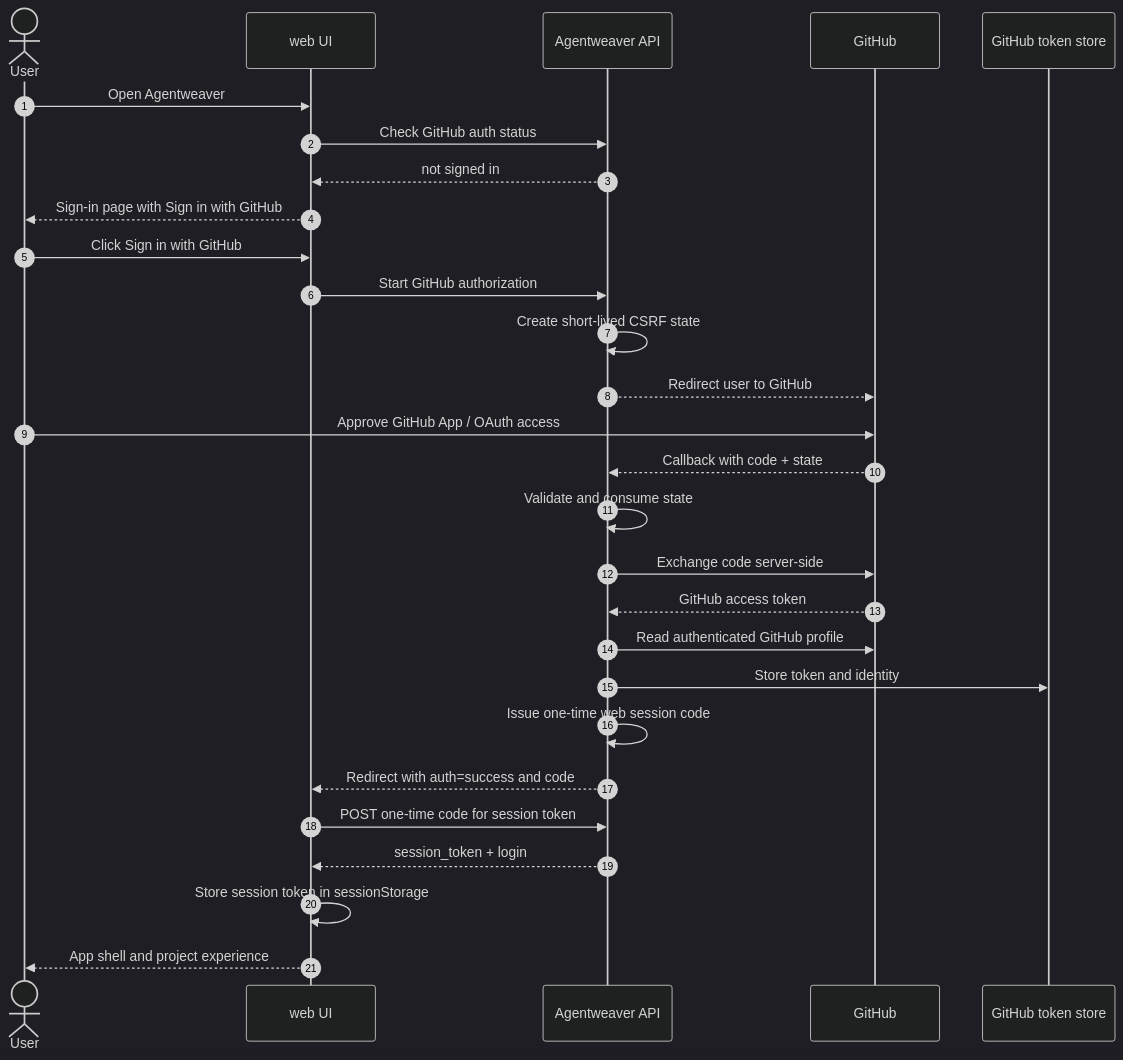
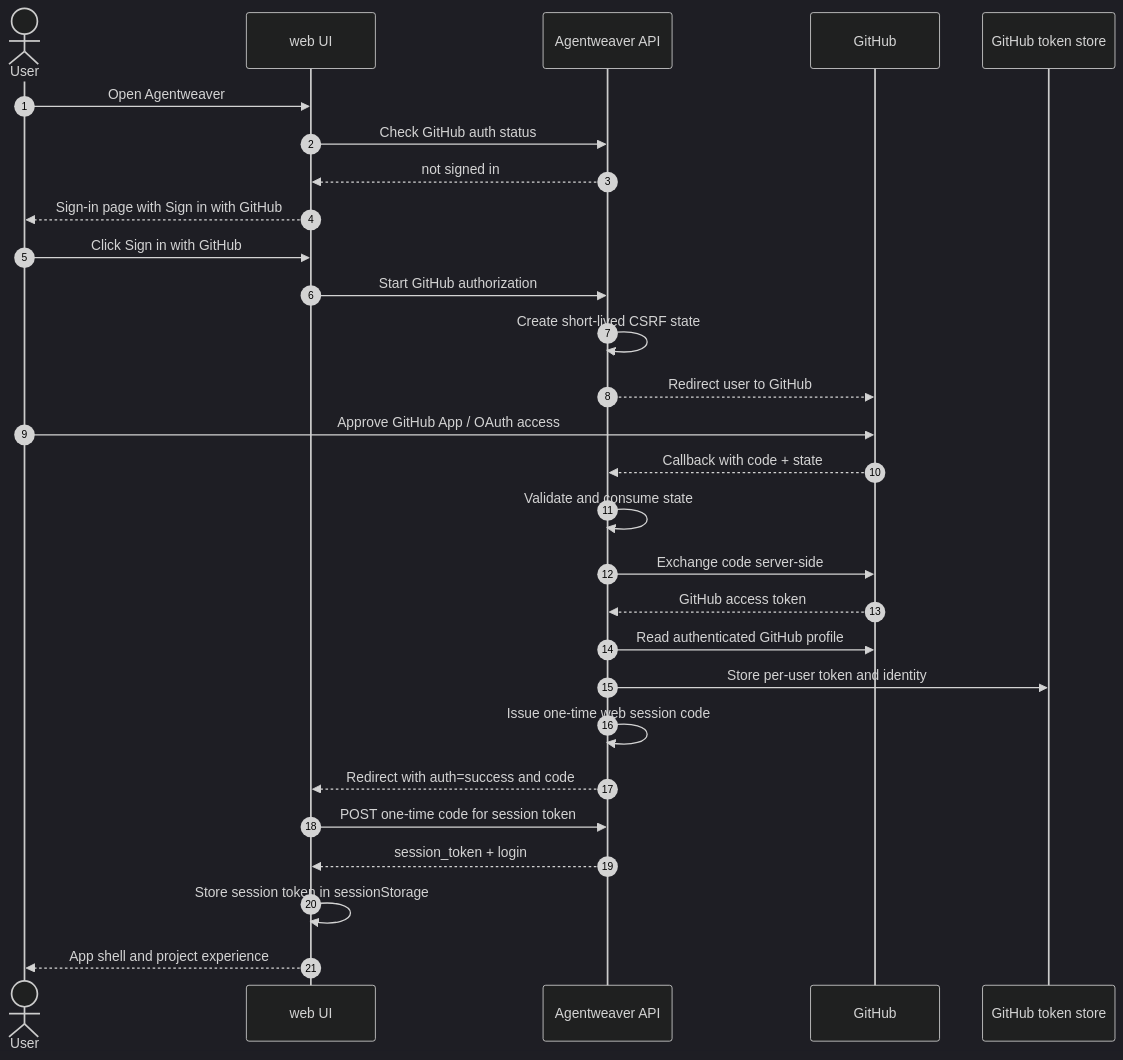
The first of 2 diagrams in docs/experience/onboarding-auth.md (sabbour/agentweaver), drawn with Mermaid (dark theme) before and after one commit. The commit also changed other lines of this file and 39 other files, not shown here.

First line of the commit message:
security: per-user GitHub token isolation and AgentHost SPC hardening

````diff
--- a/docs/experience/onboarding-auth.md
+++ b/docs/experience/onboarding-auth.md
@@ -39,31 +39,31 @@
 ```mermaid
 sequenceDiagram
     autonumber
     actor User
     participant Web as web UI
     participant API as Agentweaver API
     participant GitHub
     participant Store as GitHub token store
 
     User->>Web: Open Agentweaver
     Web->>API: Check GitHub auth status
     API-->>Web: not signed in
     Web-->>User: Sign-in page with Sign in with GitHub
     User->>Web: Click Sign in with GitHub
     Web->>API: Start GitHub authorization
     API->>API: Create short-lived CSRF state
     API-->>GitHub: Redirect user to GitHub
     User->>GitHub: Approve GitHub App / OAuth access
     GitHub-->>API: Callback with code + state
     API->>API: Validate and consume state
     API->>GitHub: Exchange code server-side
     GitHub-->>API: GitHub access token
     API->>GitHub: Read authenticated GitHub profile
-    API->>Store: Store token and identity
+    API->>Store: Store per-user token and identity
     API->>API: Issue one-time web session code
     API-->>Web: Redirect with auth=success and code
     Web->>API: POST one-time code for session token
     API-->>Web: session_token + login
     Web->>Web: Store session token in sessionStorage
     Web-->>User: App shell and project experience
 ```
````
